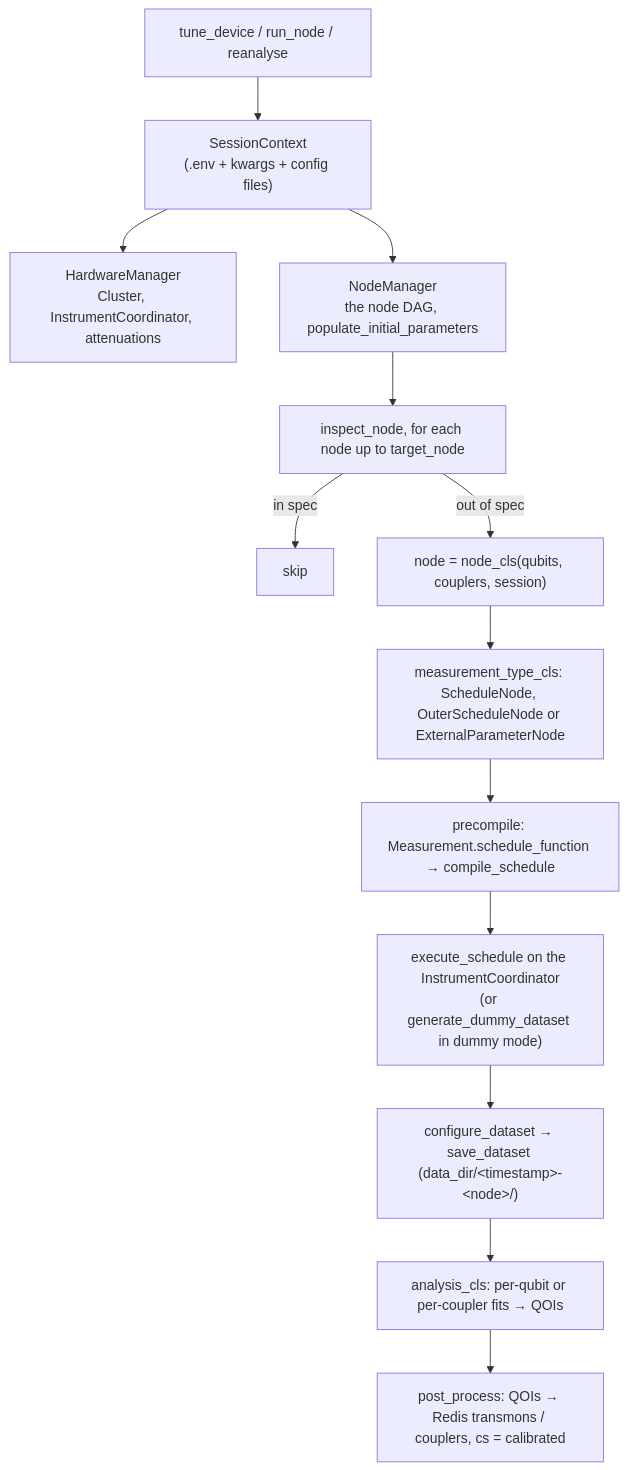
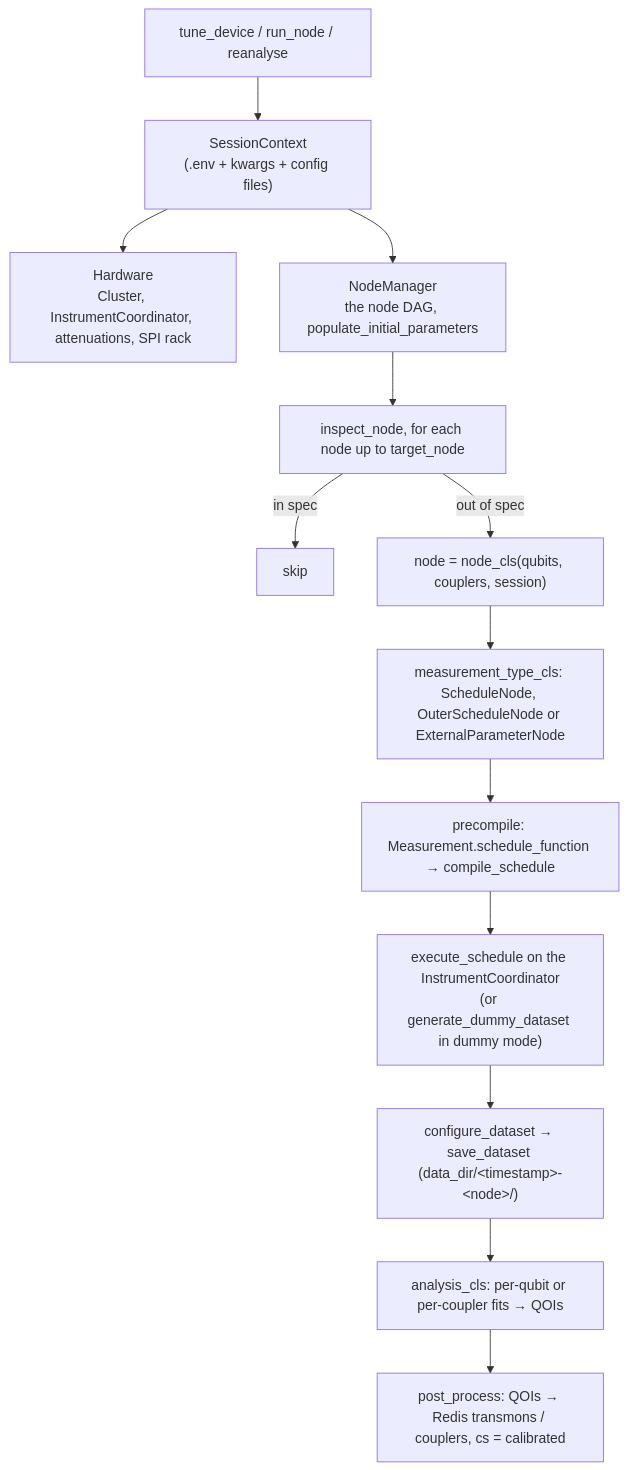
One commit to tergite/tergite-tuner changed the diagram in DESIGN.md. Above: the diagram before and after it, drawn with Mermaid. The commit also changed other lines of this file and 2 other files, not shown here.

````diff
--- a/DESIGN.md
+++ b/DESIGN.md
@@ -23,15 +22,15 @@
 ```mermaid
 flowchart TD
     E["tune_device / run_node / reanalyse"] --> S["SessionContext<br/>(.env + kwargs + config files)"]
-    S --> H["HardwareManager<br/>Cluster, InstrumentCoordinator, attenuations"]
+    S --> H["Hardware<br/>Cluster, InstrumentCoordinator, attenuations, SPI rack"]
     S --> M["NodeManager<br/>the node DAG, populate_initial_parameters"]
     M --> I["inspect_node, for each node up to target_node"]
     I -->|in spec| R["skip"]
     I -->|out of spec| N["node = node_cls(qubits, couplers, session)"]
     N --> T["measurement_type_cls: ScheduleNode, OuterScheduleNode or ExternalParameterNode"]
     T --> C["precompile: Measurement.schedule_function → compile_schedule"]
     C --> X["execute_schedule on the InstrumentCoordinator<br/>(or generate_dummy_dataset in dummy mode)"]
     X --> D["configure_dataset → save_dataset (data_dir/&lt;timestamp&gt;-&lt;node&gt;/)"]
     D --> A["analysis_cls: per-qubit or per-coupler fits → QOIs"]
     A --> Q["post_process: QOIs → Redis transmons / couplers, cs = calibrated"]
 ```
````
